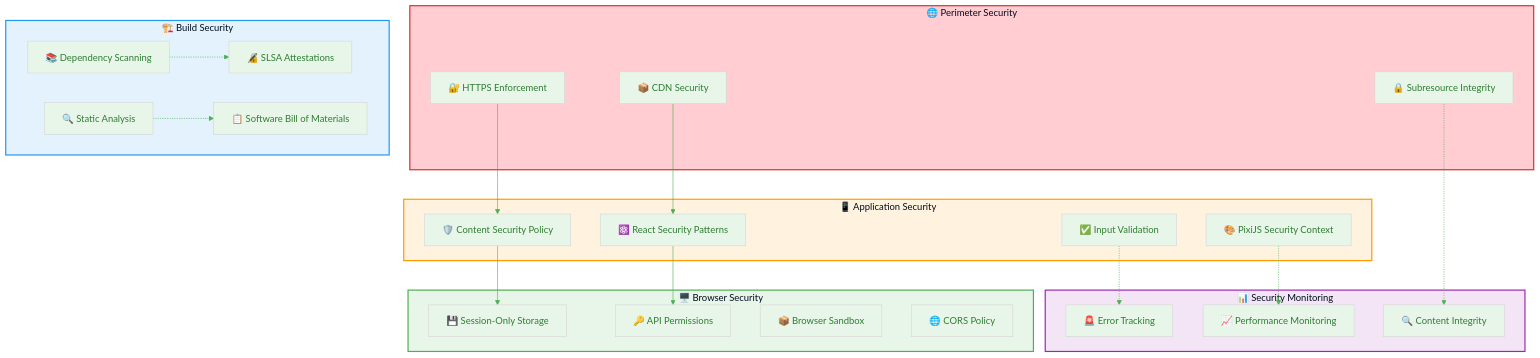
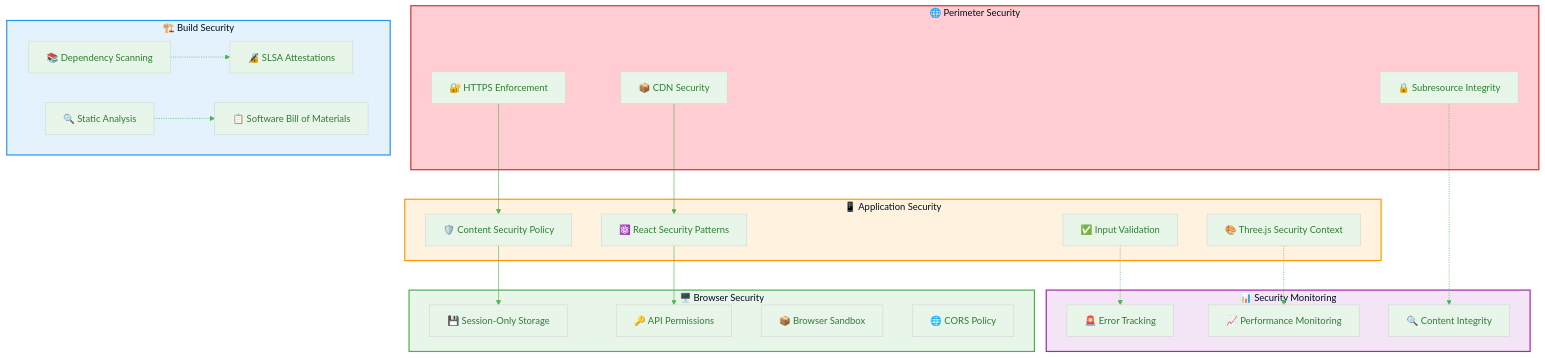
One commit to Hack23/blacktrigram changed the fifth of 7 diagrams in docs/api/media/THREAT_MODEL.md. Above: the diagram before and after it, drawn with Mermaid. The commit also changed other lines of this file and 725 other files, not shown here.

````diff
--- a/docs/api/media/THREAT_MODEL.md
+++ b/docs/api/media/THREAT_MODEL.md
@@ -441,65 +441,65 @@
 ```mermaid
 %%{
   init: {
     'theme': 'base',
     'themeVariables': {
       'primaryColor': '#e8f5e9',
       'primaryTextColor': '#2e7d32',
       'lineColor': '#4caf50',
       'secondaryColor': '#e3f2fd',
       'tertiaryColor': '#fff3e0'
     }
   }
 }%%
 flowchart TB
     subgraph PERIMETER["🌐 Perimeter Security"]
         HTTPS[🔐 HTTPS Enforcement]
         CDN[📦 CDN Security]
         SRI[🔒 Subresource Integrity]
     end
 
     subgraph APPLICATION["📱 Application Security"]
         CSP[🛡️ Content Security Policy]
         REACT[⚛️ React Security Patterns]
         INPUT[✅ Input Validation]
-        PIXI[🎨 PixiJS Security Context]
+        THREE[🎨 Three.js Security Context]
     end
 
     subgraph BROWSER["🖥️ Browser Security"]
         STORAGE[💾 Session-Only Storage]
         PERMISSIONS[🔑 API Permissions]
         SANDBOX[📦 Browser Sandbox]
         CORS[🌐 CORS Policy]
     end
 
     subgraph PIPELINE["🏗️ Build Security"]
         DEPS[📚 Dependency Scanning]
         SLSA[🔏 SLSA Attestations]
         SAST[🔍 Static Analysis]
         SBOM[📋 Software Bill of Materials]
     end
 
     subgraph MONITORING["📊 Security Monitoring"]
         PERFORMANCE[📈 Performance Monitoring]
         ERRORS[🚨 Error Tracking]
         INTEGRITY[🔍 Content Integrity]
     end
 
     HTTPS --> CSP
     CDN --> REACT
     CSP --> STORAGE
     REACT --> PERMISSIONS
 
     SRI -.-> INTEGRITY
     INPUT -.-> ERRORS
-    PIXI -.-> PERFORMANCE
+    THREE -.-> PERFORMANCE
 
     DEPS -.-> SLSA
     SAST -.-> SBOM
 
     style PERIMETER fill:#ffcdd2,stroke:#d32f2f,stroke-width:2px
     style APPLICATION fill:#fff3e0,stroke:#ff9800,stroke-width:2px
     style BROWSER fill:#e8f5e9,stroke:#4caf50,stroke-width:2px
     style PIPELINE fill:#e3f2fd,stroke:#2196f3,stroke-width:2px
     style MONITORING fill:#f3e5f5,stroke:#9c27b0,stroke-width:2px
 ```
````
